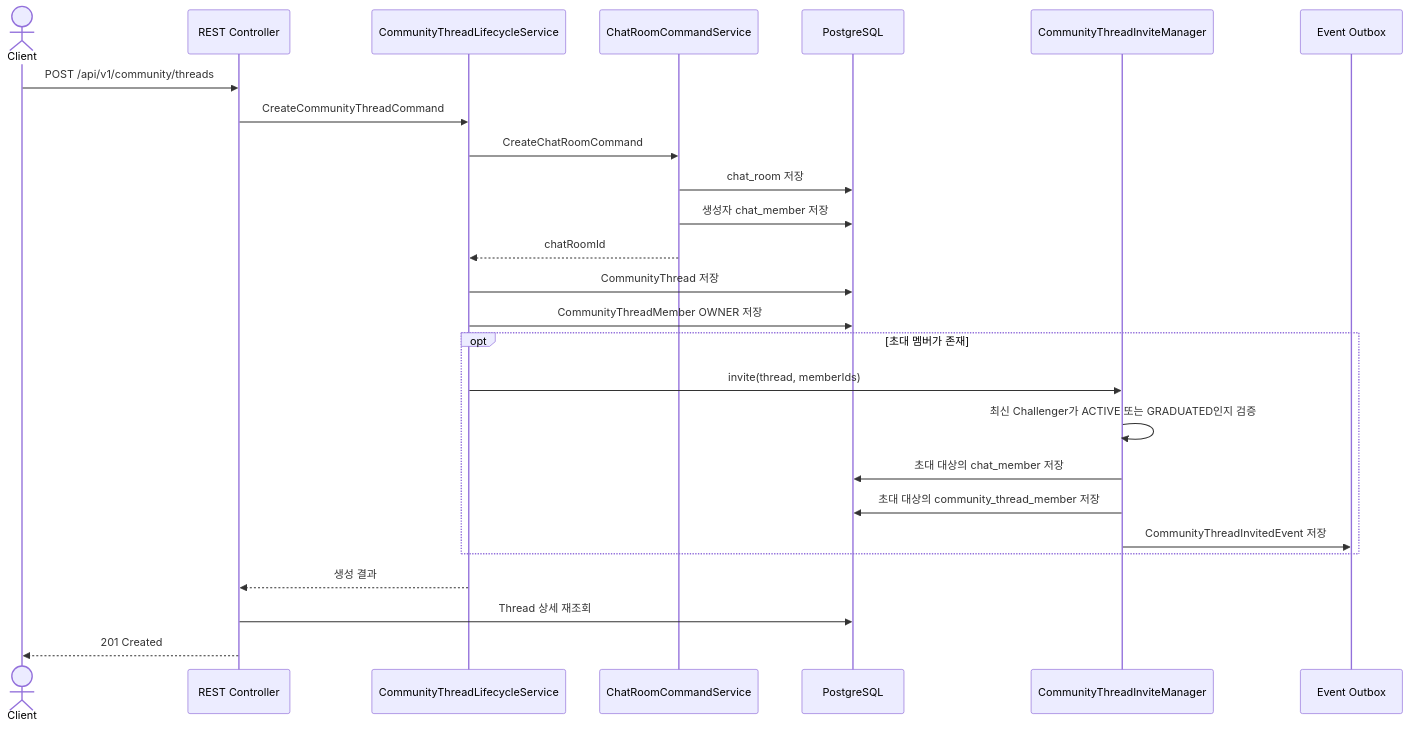
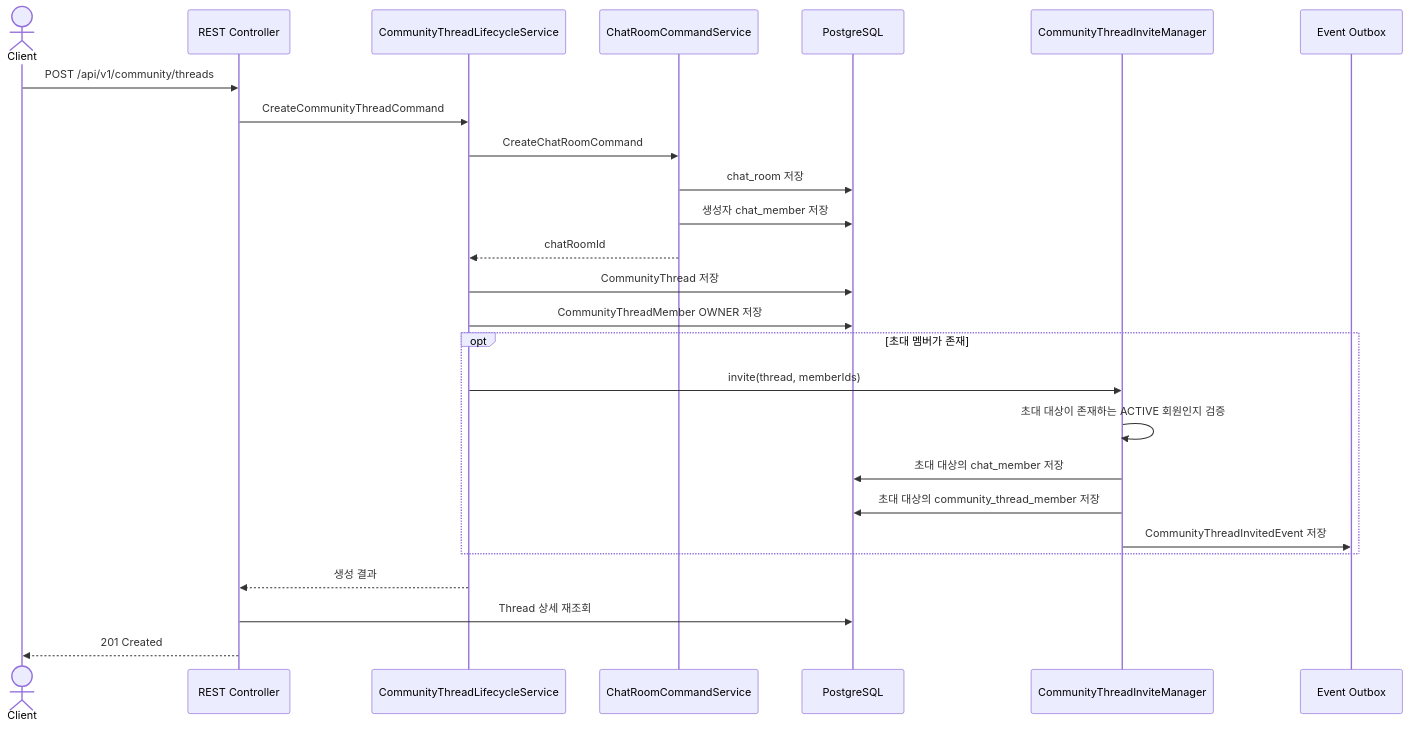
The second of 9 diagrams in docs/onboarding/community/community-thread-realtime-architecture.md (UMC-PRODUCT/cygnus-server), drawn with Mermaid before and after one commit. The commit also changed other lines of this file and 36 other files, not shown here.

````diff
--- a/docs/onboarding/community/community-thread-realtime-architecture.md
+++ b/docs/onboarding/community/community-thread-realtime-architecture.md
@@ -217,31 +217,31 @@
 ```mermaid
 sequenceDiagram
     actor C as Client
     participant R as REST Controller
     participant T as CommunityThreadLifecycleService
     participant CR as ChatRoomCommandService
     participant DB as PostgreSQL
     participant I as CommunityThreadInviteManager
     participant O as Event Outbox
 
     C->>R: POST /api/v1/community/threads
     R->>T: CreateCommunityThreadCommand
     T->>CR: CreateChatRoomCommand
     CR->>DB: chat_room 저장
     CR->>DB: 생성자 chat_member 저장
     CR-->>T: chatRoomId
     T->>DB: CommunityThread 저장
     T->>DB: CommunityThreadMember OWNER 저장
 
     opt 초대 멤버가 존재
         T->>I: invite(thread, memberIds)
-        I->>I: 최신 Challenger가 ACTIVE 또는 GRADUATED인지 검증
+        I->>I: 초대 대상이 존재하는 ACTIVE 회원인지 검증
         I->>DB: 초대 대상의 chat_member 저장
         I->>DB: 초대 대상의 community_thread_member 저장
         I->>O: CommunityThreadInvitedEvent 저장
     end
 
     T-->>R: 생성 결과
     R->>DB: Thread 상세 재조회
     R-->>C: 201 Created
 ```
````
